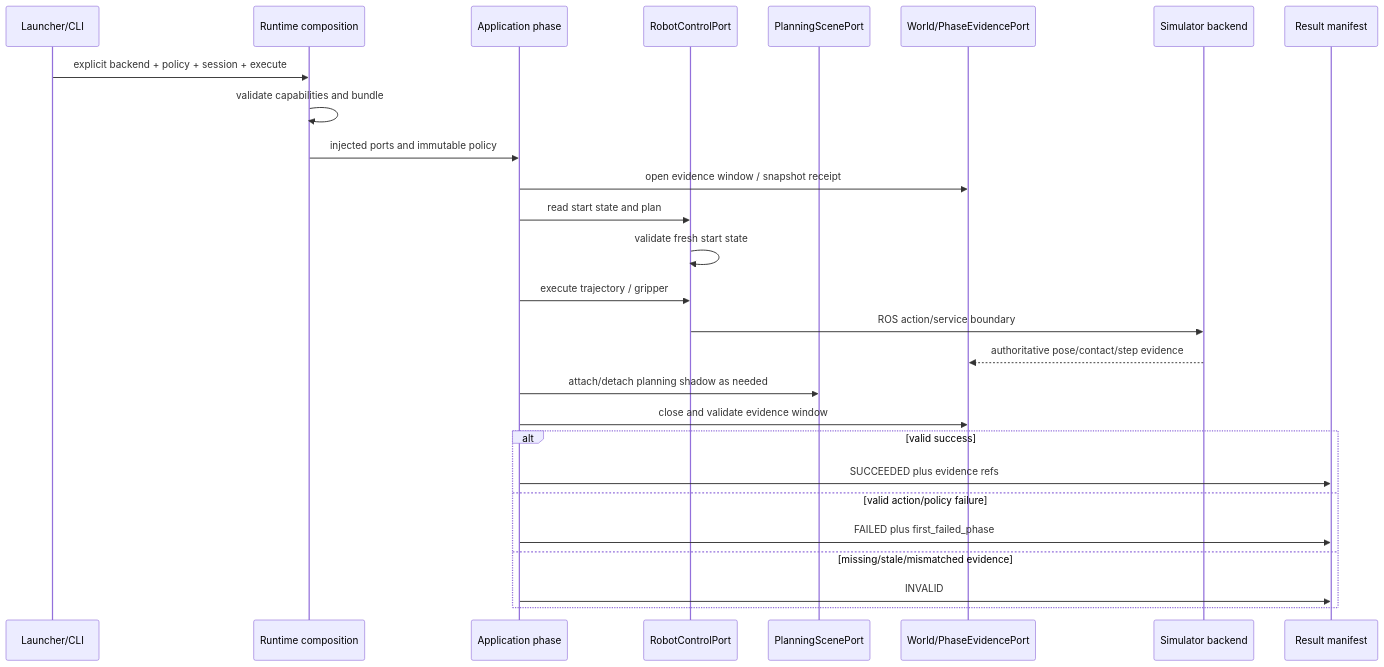
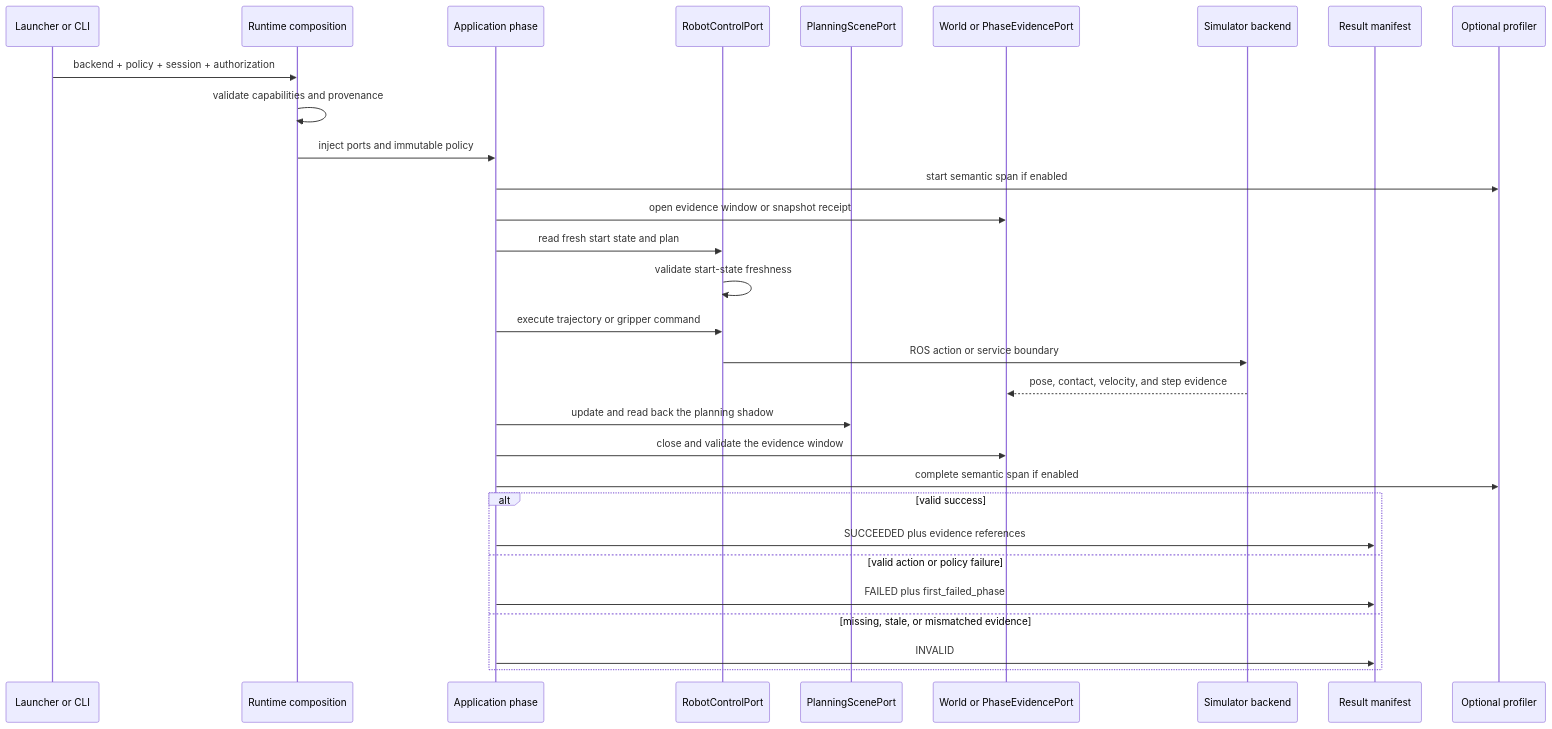
The third of 3 diagrams in docs/pick-place-python-architecture.md (terryma2024/ros-moveit-demo), drawn with Mermaid before and after one commit. The commit also changed other lines of this file and 1 other file, not shown here.

First line of the commit message:
Refactor documentation for SO-101 Python pick-place architecture

````diff
--- a/docs/pick-place-python-architecture.md
+++ b/docs/pick-place-python-architecture.md
@@ -276,30 +506,33 @@
 ```mermaid
 sequenceDiagram
-  participant U as Launcher/CLI
+  participant U as Launcher or CLI
   participant R as Runtime composition
   participant A as Application phase
   participant C as RobotControlPort
   participant S as PlanningScenePort
-  participant W as World/PhaseEvidencePort
+  participant W as World or PhaseEvidencePort
   participant B as Simulator backend
   participant O as Result manifest
+  participant P as Optional profiler
 
-  U->>R: explicit backend + policy + session + execute
-  R->>R: validate capabilities and bundle
-  R->>A: injected ports and immutable policy
-  A->>W: open evidence window / snapshot receipt
-  A->>C: read start state and plan
-  C->>C: validate fresh start state
-  A->>C: execute trajectory / gripper
-  C->>B: ROS action/service boundary
-  B-->>W: authoritative pose/contact/step evidence
-  A->>S: attach/detach planning shadow as needed
-  A->>W: close and validate evidence window
+  U->>R: backend + policy + session + authorization
+  R->>R: validate capabilities and provenance
+  R->>A: inject ports and immutable policy
+  A->>P: start semantic span if enabled
+  A->>W: open evidence window or snapshot receipt
+  A->>C: read fresh start state and plan
+  C->>C: validate start-state freshness
+  A->>C: execute trajectory or gripper command
+  C->>B: ROS action or service boundary
+  B-->>W: pose, contact, velocity, and step evidence
+  A->>S: update and read back the planning shadow
+  A->>W: close and validate the evidence window
+  A->>P: complete semantic span if enabled
   alt valid success
-    A->>O: SUCCEEDED plus evidence refs
-  else valid action/policy failure
+    A->>O: SUCCEEDED plus evidence references
+  else valid action or policy failure
     A->>O: FAILED plus first_failed_phase
-  else missing/stale/mismatched evidence
+  else missing, stale, or mismatched evidence
     A->>O: INVALID
   end
 ```
````
